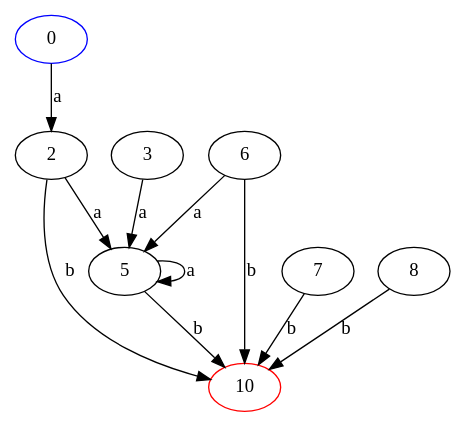
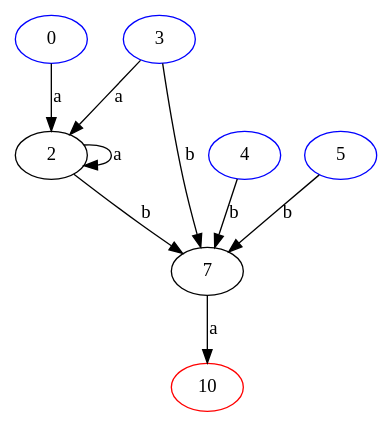
The diagram in nfa.dot (jleveau/regex-data-gen), drawn with Graphviz before and after one commit. The commit also changed 11 other files, not shown here.

```diff
--- a/nfa.dot
+++ b/nfa.dot
@@ -1,21 +1,18 @@
 digraph G { 
 	0 [label= "0", color=blue] ;
 	2 [label= "2"] ;
-	3 [label= "3"] ;
-	5 [label= "5"] ;
-	6 [label= "6"] ;
+	3 [label= "3", color=blue] ;
+	4 [label= "4", color=blue] ;
+	5 [label= "5", color=blue] ;
 	7 [label= "7"] ;
-	8 [label= "8"] ;
 	10 [label= "10", color=red] ;
 	0 -> 2[label="a"];
-	2 -> 5[label="a"];
-	2 -> 10[label="b"];
-	3 -> 5[label="a"];
-	5 -> 5[label="a"];
-	5 -> 10[label="b"];
-	6 -> 5[label="a"];
-	6 -> 10[label="b"];
-	7 -> 10[label="b"];
-	8 -> 10[label="b"];
+	2 -> 2[label="a"];
+	2 -> 7[label="b"];
+	3 -> 2[label="a"];
+	3 -> 7[label="b"];
+	4 -> 7[label="b"];
+	5 -> 7[label="b"];
+	7 -> 10[label="a"];
 
 }
```
